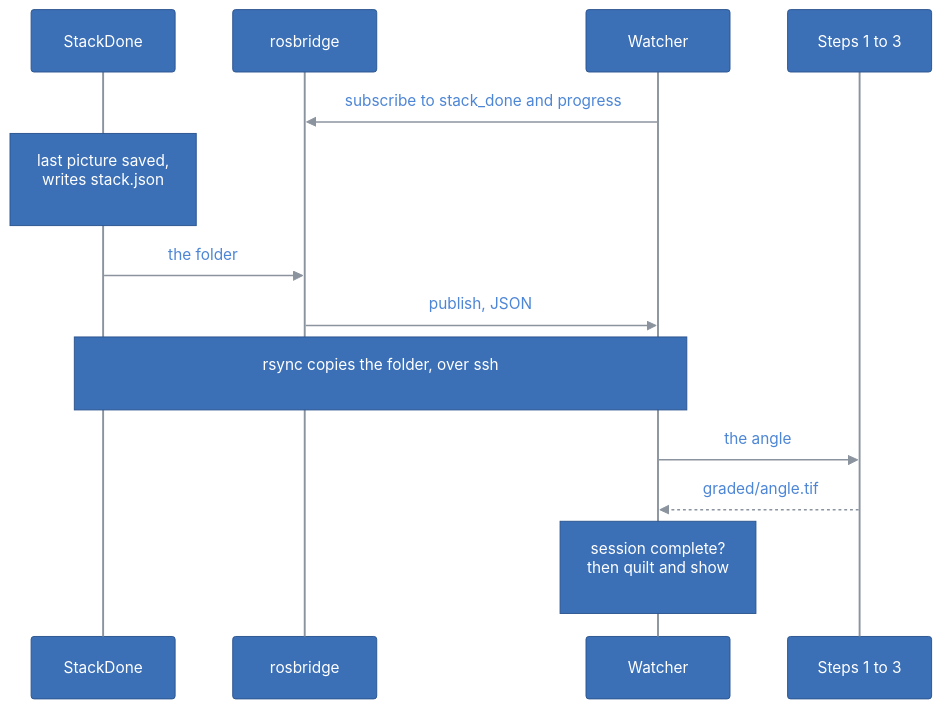
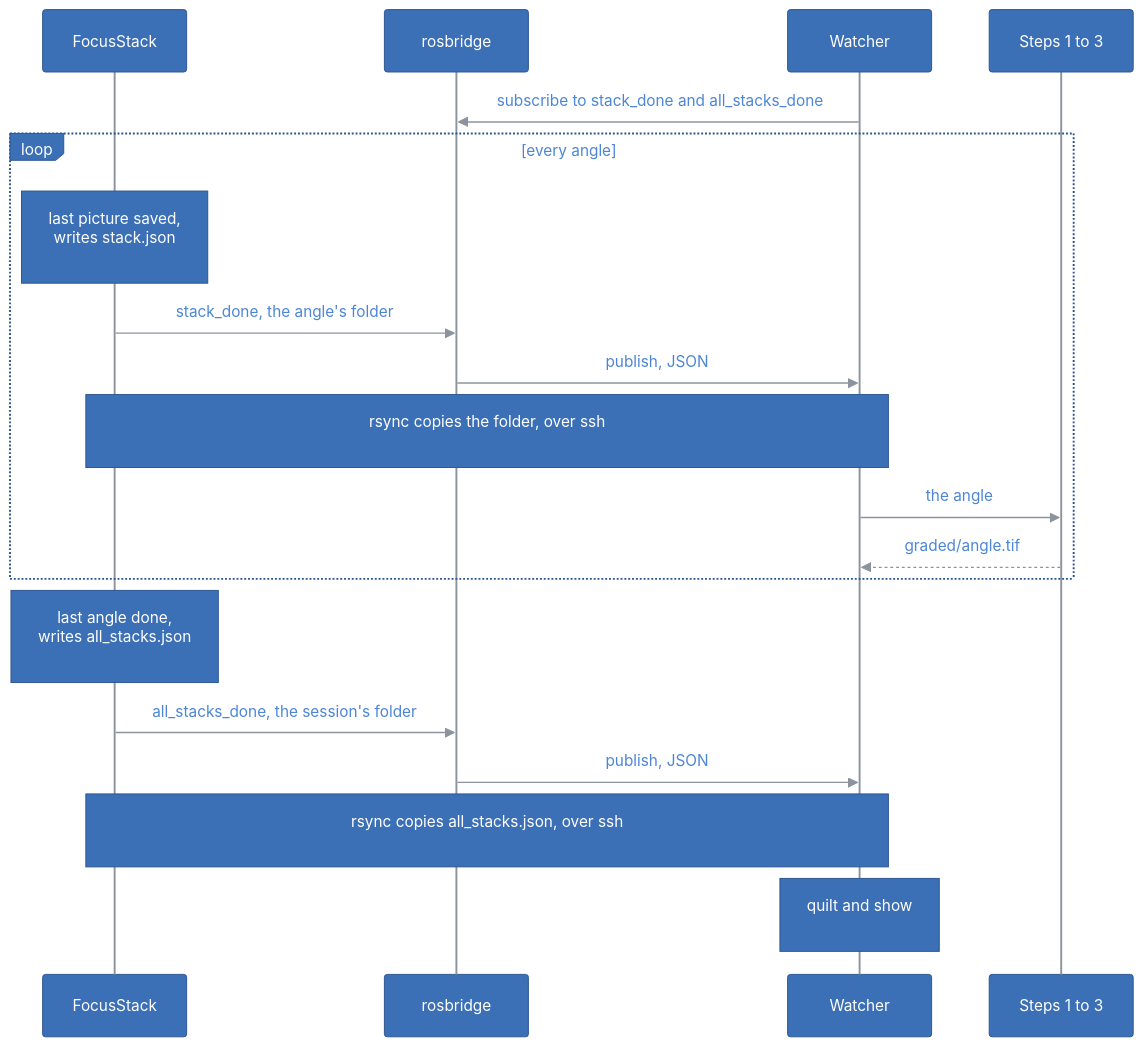
Before and after one commit to kineticsystem/stepit-stacker: the second of 2 diagrams in docs/ARCHITECTURE.md, drawn with Mermaid. The commit also changed other lines of this file and 5 other files, not shown here.

First line of the commit message:
Show a session when the rig says all its stacks are done

````diff
--- a/docs/ARCHITECTURE.md
+++ b/docs/ARCHITECTURE.md
@@ -210,69 +214,75 @@
 ```mermaid
 ---
 config:
   theme: base
   themeCSS: ".edgeLabel p { padding: 4px 10px; }"
   flowchart:
     padding: 20
     nodeSpacing: 40
     rankSpacing: 50
   class:
     padding: 16
   sequence:
     boxMargin: 12
     boxTextMargin: 8
     noteMargin: 28
     messageMargin: 40
     actorMargin: 60
     labelBoxWidth: 56
     labelBoxHeight: 28
   themeVariables:
     primaryColor: "#3b6fb6"
     primaryTextColor: "#ffffff"
     primaryBorderColor: "#2c5590"
     lineColor: "#8b949e"
     textColor: "#4d86d6"
     actorBkg: "#3b6fb6"
     actorBorder: "#2c5590"
     actorTextColor: "#ffffff"
     actorLineColor: "#8b949e"
     signalColor: "#8b949e"
     signalTextColor: "#4d86d6"
     noteBkgColor: "#3b6fb6"
     noteTextColor: "#ffffff"
     noteBorderColor: "#2c5590"
     secondaryColor: "#3b6fb6"
     tertiaryColor: "#3b6fb6"
     clusterBkg: "transparent"
     clusterBorder: "#8b949e"
     titleColor: "#4d86d6"
     edgeLabelBackground: "#3b6fb6"
     classText: "#ffffff"
     labelBoxBkgColor: "#3b6fb6"
     labelBoxBorderColor: "#2c5590"
     labelTextColor: "#ffffff"
     loopTextColor: "#4d86d6"
     mainBkg: "#3b6fb6"
     nodeBorder: "#2c5590"
     nodeTextColor: "#ffffff"
     secondaryBorderColor: "#2c5590"
     secondaryTextColor: "#ffffff"
     tertiaryBorderColor: "#2c5590"
     tertiaryTextColor: "#ffffff"
     errorBkgColor: "#3b6fb6"
     errorTextColor: "#ffffff"
 ---
 sequenceDiagram
-    participant Rig as StackDone
+    participant Rig as FocusStack
     participant Rosbridge as rosbridge
     participant Watcher as Watcher
     participant Steps as Steps 1 to 3
-    Watcher->>Rosbridge: subscribe to stack_done and progress
-    Note over Rig: last picture saved,<br/>writes stack.json
-    Rig->>Rosbridge: the folder
+    Watcher->>Rosbridge: subscribe to stack_done and all_stacks_done
+    loop every angle
+        Note over Rig: last picture saved,<br/>writes stack.json
+        Rig->>Rosbridge: stack_done, the angle's folder
+        Rosbridge->>Watcher: publish, JSON
+        Note over Rig,Watcher: rsync copies the folder, over ssh
+        Watcher->>Steps: the angle
+        Steps-->>Watcher: graded/angle.tif
+    end
+    Note over Rig: last angle done,<br/>writes all_stacks.json
+    Rig->>Rosbridge: all_stacks_done, the session's folder
     Rosbridge->>Watcher: publish, JSON
-    Note over Rig,Watcher: rsync copies the folder, over ssh
-    Watcher->>Steps: the angle
-    Steps-->>Watcher: graded/angle.tif
-    Note over Watcher: session complete?<br/>then quilt and show
+    Note over Rig,Watcher: rsync copies all_stacks.json, over ssh
+    Note over Watcher: quilt and show
 ```
````
